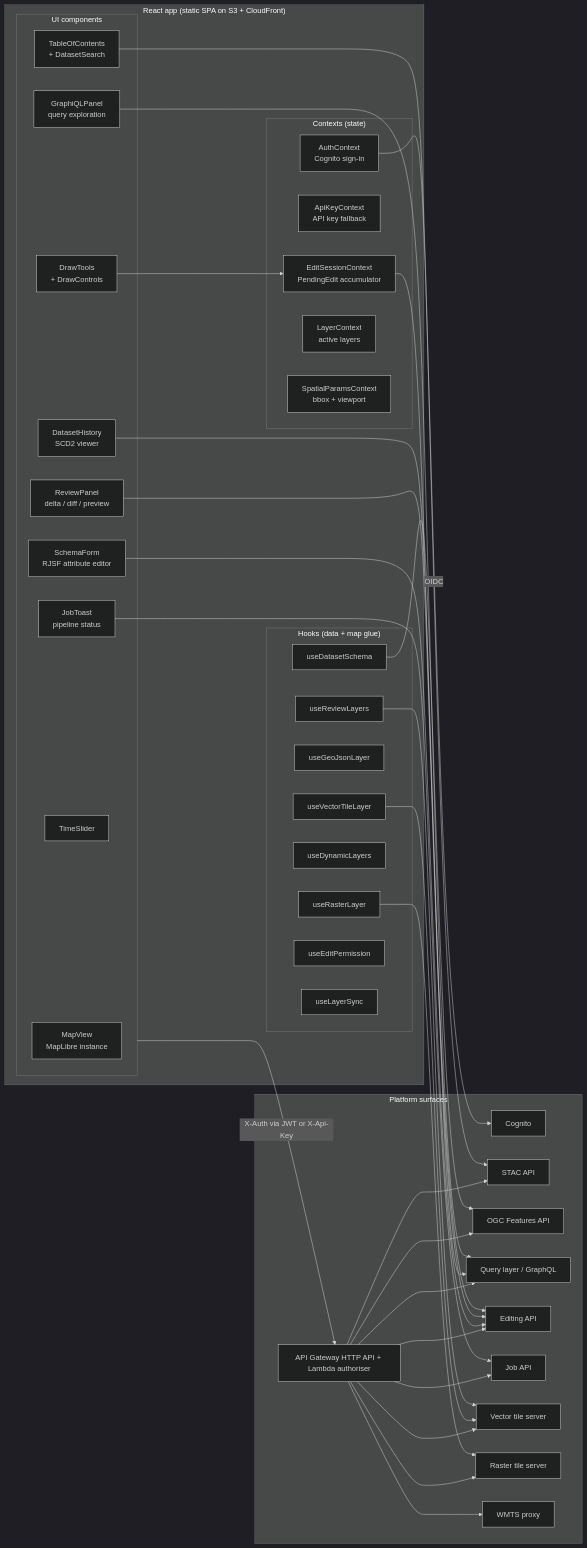
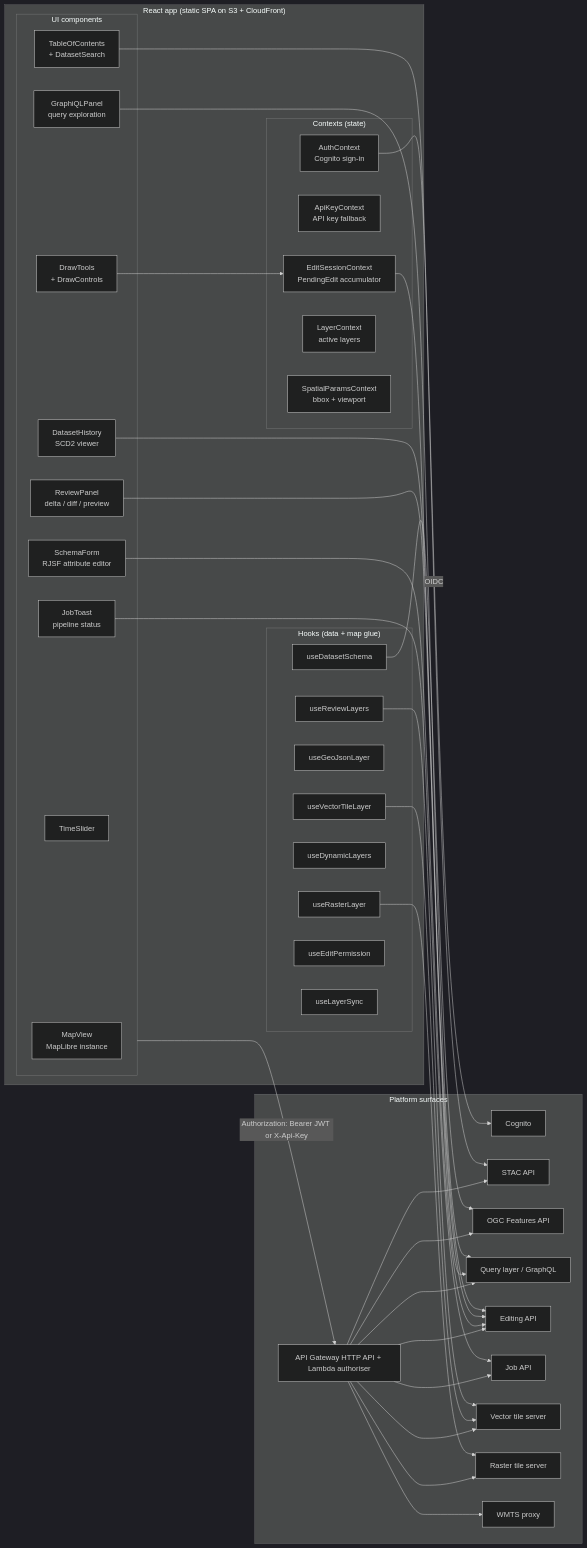
Before and after one commit to ericrmc/cloud-native-geospatial-design: the first of 2 diagrams in content/15_MAP_CLIENT.md, drawn with Mermaid (dark theme). The commit also changed other lines of this file and 14 other files, not shown here.

````diff
--- a/content/15_MAP_CLIENT.md
+++ b/content/15_MAP_CLIENT.md
@@ -49,63 +49,63 @@
 ```mermaid
 flowchart LR
     subgraph React["React app (static SPA on S3 + CloudFront)"]
         subgraph Contexts["Contexts (state)"]
             AUTH[AuthContext<br/>Cognito sign-in]
             APIK[ApiKeyContext<br/>API key fallback]
             EDIT[EditSessionContext<br/>PendingEdit accumulator]
             LAYER[LayerContext<br/>active layers]
             SPATIAL[SpatialParamsContext<br/>bbox + viewport]
         end
         subgraph UI["UI components"]
             MAP[MapView<br/>MapLibre instance]
             TOC[TableOfContents<br/>+ DatasetSearch]
             DRAW[DrawTools<br/>+ DrawControls]
             FORM[SchemaForm<br/>RJSF attribute editor]
             REV[ReviewPanel<br/>delta / diff / preview]
             HIST[DatasetHistory<br/>SCD2 viewer]
             GIQL[GraphiQLPanel<br/>query exploration]
             TIME[TimeSlider]
             JOB[JobToast<br/>pipeline status]
         end
         subgraph Hooks["Hooks (data + map glue)"]
             HVEC[useVectorTileLayer]
             HRAS[useRasterLayer]
             HGEO[useGeoJsonLayer]
             HREV[useReviewLayers]
             HDYN[useDynamicLayers]
             HSCH[useDatasetSchema]
             HPERM[useEditPermission]
             HSYNC[useLayerSync]
         end
     end
 
     subgraph Platform["Platform surfaces"]
         COG[Cognito]
         APIGW[API Gateway HTTP API + Lambda authoriser]
         STAC[STAC API]
         FEAT[OGC Features API]
         QL[Query layer / GraphQL]
         EAPI[Editing API]
         JAPI[Job API]
         TILE[Vector tile server]
         RTILE[Raster tile server]
         WMTS[WMTS proxy]
     end
 
     AUTH -- OIDC --> COG
-    UI -- "X-Auth via JWT or X-Api-Key" --> APIGW
+    UI -- "Authorization: Bearer JWT or X-Api-Key" --> APIGW
     APIGW --> STAC & FEAT & QL & EAPI & JAPI & TILE & RTILE & WMTS
 
     TOC --> STAC
     HVEC --> TILE
     HRAS --> RTILE
     HREV --> TILE
     HSCH --> FEAT
     FORM --> EAPI
     DRAW --> EDIT
     EDIT --> EAPI
     JOB --> JAPI
     REV --> EAPI
     HIST --> QL
     GIQL --> QL
 ```
````
